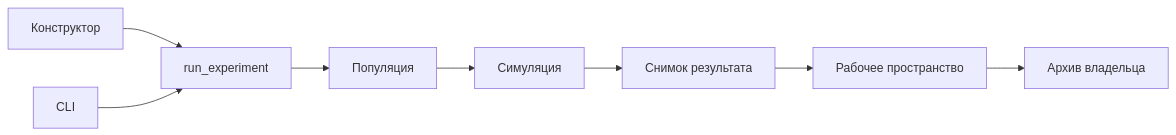
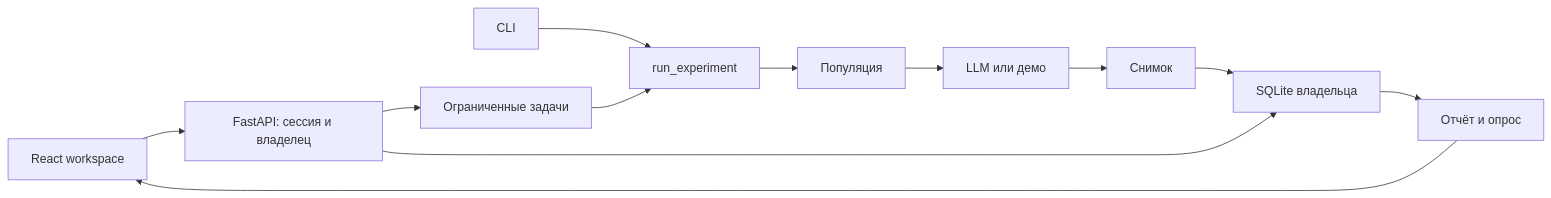
One commit to NikitaMeshDS/dvoinik changed the diagram in docs/architecture.md. Above: the diagram before and after it, drawn with Mermaid. The commit also changed other lines of this file and 33 other files, not shown here.

Commit message:
Build React research workspace with guided studies and protected API

````diff
--- a/docs/architecture.md
+++ b/docs/architecture.md
@@ -23,10 +8,14 @@
 ```mermaid
 flowchart LR
-    Editor[Конструктор] --> Run[run_experiment]
-    CLI[CLI] --> Run
+    React[React workspace] --> API[FastAPI: сессия и владелец]
+    API --> Jobs[Ограниченные задачи]
+    CLI[CLI] --> Run[run_experiment]
+    Jobs --> Run
     Run --> Population[Популяция]
-    Population --> Engine[Симуляция]
-    Engine --> Snapshot[Снимок результата]
-    Snapshot --> Workspace[Рабочее пространство]
-    Workspace --> Store[Архив владельца]
+    Population --> Engine[LLM или демо]
+    Engine --> Snapshot[Снимок]
+    Snapshot --> Store[SQLite владельца]
+    API --> Store
+    Store --> Report[Отчёт и опрос]
+    Report --> React
 ```
````
